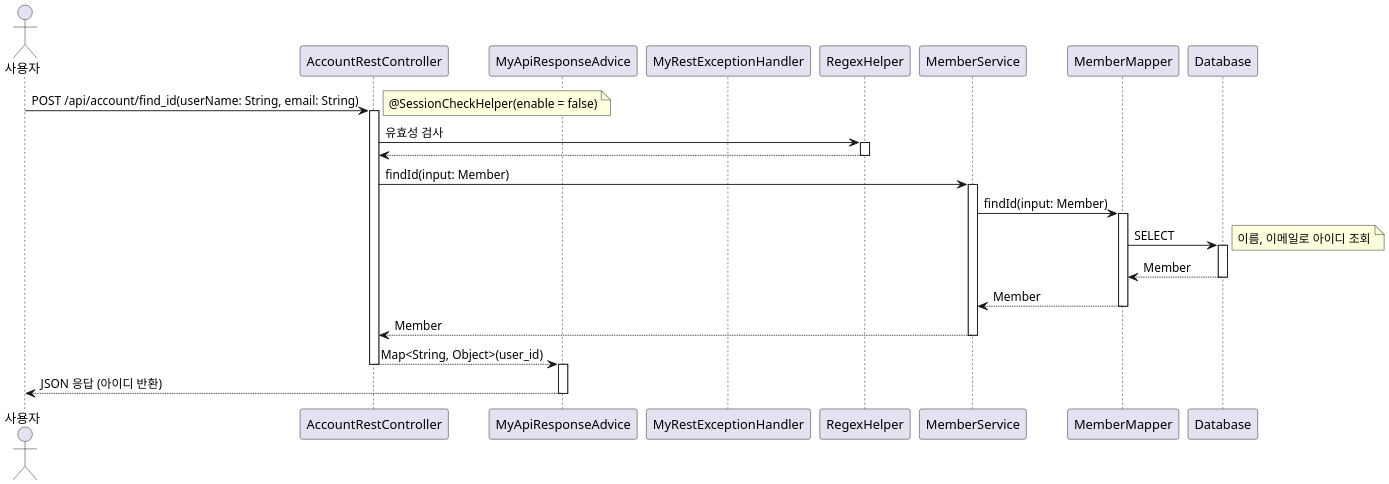
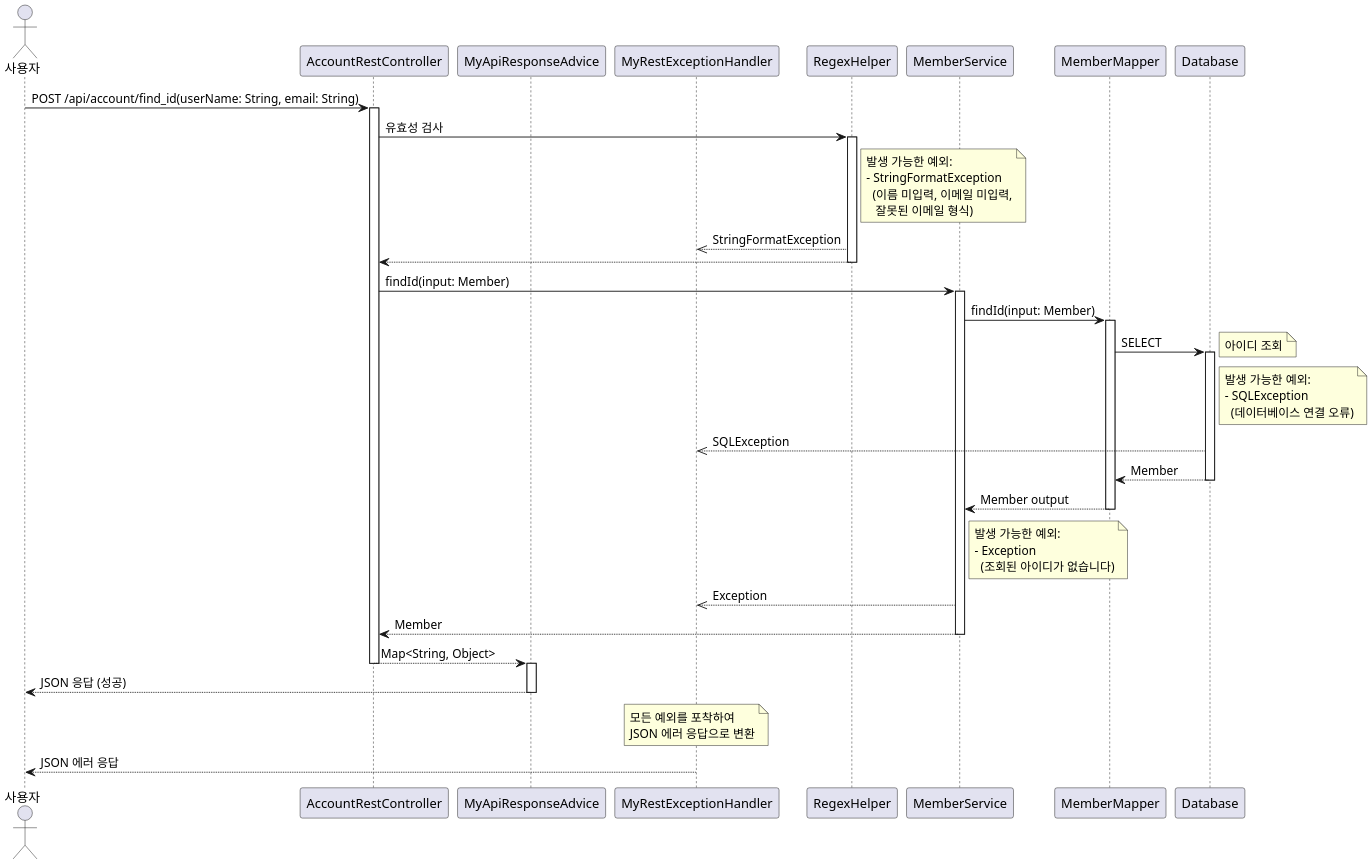
Before and after one commit to leekh4232/study-myshop: the diagram in uml/AccountRestController/findId_Sequence.puml, drawn with PlantUML. The commit also changed 138 other files, not shown here.

```diff
--- a/uml/AccountRestController/findId_Sequence.puml
+++ b/uml/AccountRestController/findId_Sequence.puml
@@ -1,42 +1,50 @@
 @startuml
 skinparam dpi 200
 
 actor Actor as "사용자"
 participant AccountRestController
 participant MyApiResponseAdvice
 participant MyRestExceptionHandler
 participant RegexHelper
 participant MemberService
 participant MemberMapper
 participant Database
 
 Actor -> AccountRestController: POST /api/account/find_id(userName: String, email: String)
 activate AccountRestController
-note right: @SessionCheckHelper(enable = false)
 
 AccountRestController -> RegexHelper: 유효성 검사
 activate RegexHelper
+note right of RegexHelper: 발생 가능한 예외:\n- StringFormatException\n  (이름 미입력, 이메일 미입력,\n   잘못된 이메일 형식)
+RegexHelper -->> MyRestExceptionHandler: StringFormatException
 RegexHelper --> AccountRestController
 deactivate RegexHelper
 
 AccountRestController -> MemberService: findId(input: Member)
 activate MemberService
 MemberService -> MemberMapper: findId(input: Member)
 activate MemberMapper
 MemberMapper -> Database: SELECT
 activate Database
-note right: 이름, 이메일로 아이디 조회
+note right: 아이디 조회
+note right of Database: 발생 가능한 예외:\n- SQLException\n  (데이터베이스 연결 오류)
+Database -->> MyRestExceptionHandler: SQLException
 Database --> MemberMapper: Member
 deactivate Database
-MemberMapper --> MemberService: Member
+MemberMapper --> MemberService: Member output
 deactivate MemberMapper
+note right of MemberService: 발생 가능한 예외:\n- Exception\n  (조회된 아이디가 없습니다)
+MemberService -->> MyRestExceptionHandler: Exception
 MemberService --> AccountRestController: Member
 deactivate MemberService
 
-AccountRestController --> MyApiResponseAdvice: Map<String, Object>(user_id)
+AccountRestController --> MyApiResponseAdvice: Map<String, Object>
 deactivate AccountRestController
 activate MyApiResponseAdvice
-MyApiResponseAdvice --> Actor: JSON 응답 (아이디 반환)
+MyApiResponseAdvice --> Actor: JSON 응답 (성공)
 deactivate MyApiResponseAdvice
 
+note over MyRestExceptionHandler: 모든 예외를 포착하여\nJSON 에러 응답으로 변환
+MyRestExceptionHandler --> Actor: JSON 에러 응답
+
 @enduml
```
